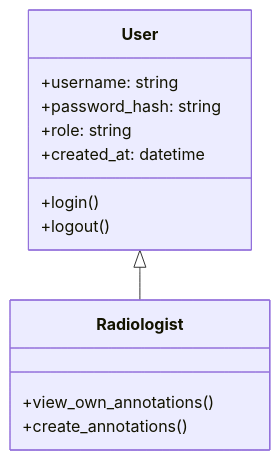
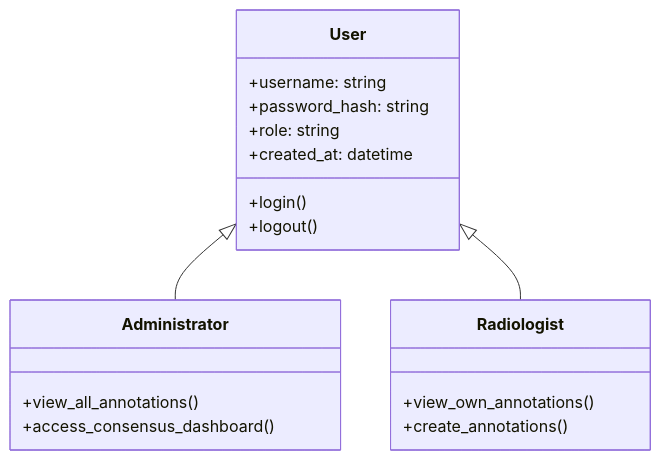
One commit to mgadaphy/dicom-research changed the second of 8 diagrams in docs/core_features.md. Above: the diagram before and after it, drawn with Mermaid. The commit also changed other lines of this file and 1 other file, not shown here.

Commit message:
Updated the the documentations of the database schema

````diff
--- a/docs/core_features.md
+++ b/docs/core_features.md
@@ -25,18 +25,24 @@
 ```mermaid
 classDiagram
   class User {
     +username: string
     +password_hash: string
     +role: string
     +created_at: datetime
     +login()
     +logout()
   }
   
+  class Administrator {
+    +view_all_annotations()
+    +access_consensus_dashboard()
+  }
+  
   class Radiologist {
     +view_own_annotations()
     +create_annotations()
   }
   
+  User <|-- Administrator
   User <|-- Radiologist
 ```
````
